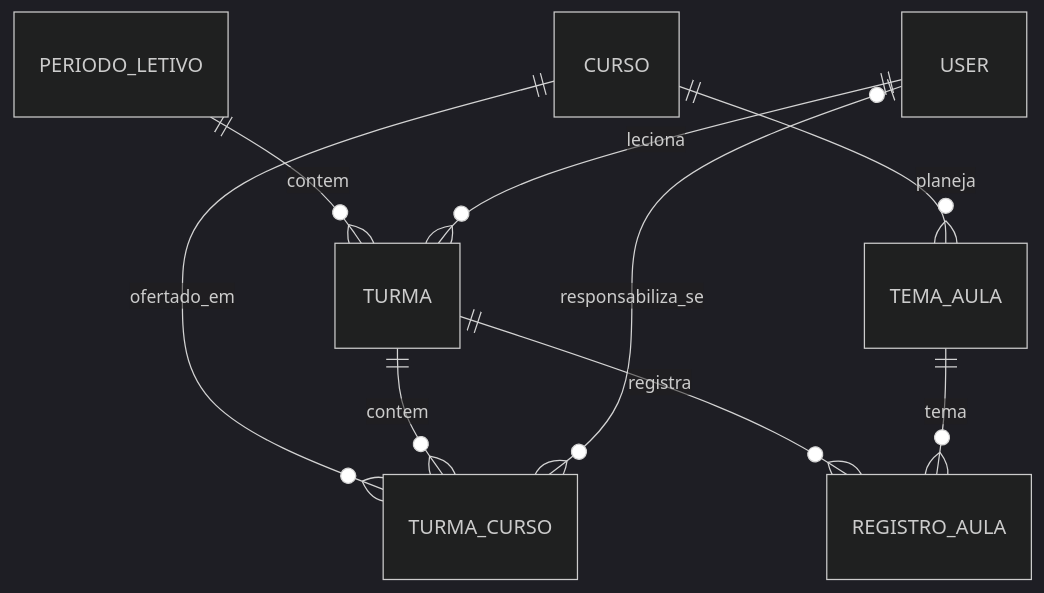
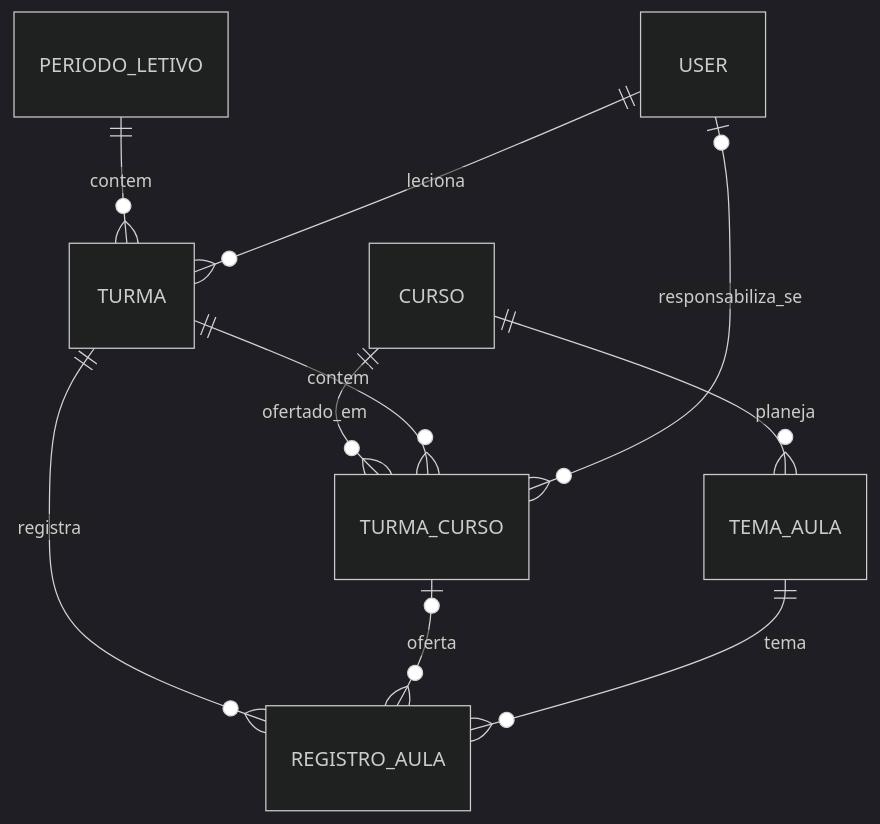
One commit to fmtic/pautaon changed the second of 7 diagrams in app/models/MER.md. Above: the diagram before and after it, drawn with Mermaid (dark theme). The commit also changed other lines of this file and 18 other files, not shown here.

````diff
--- a/app/models/MER.md
+++ b/app/models/MER.md
@@ -205,11 +205,12 @@
 ```mermaid
 erDiagram
     PERIODO_LETIVO ||--o{ TURMA : contem
     CURSO          ||--o{ TURMA_CURSO : ofertado_em
     TURMA          ||--o{ TURMA_CURSO : contem
     USER           |o--o{ TURMA_CURSO : responsabiliza_se
     CURSO          ||--o{ TEMA_AULA : planeja
     USER           ||--o{ TURMA : leciona
     TURMA          ||--o{ REGISTRO_AULA : registra
+    TURMA_CURSO    |o--o{ REGISTRO_AULA : oferta
     TEMA_AULA      ||--o{ REGISTRO_AULA : tema
 ```
````
